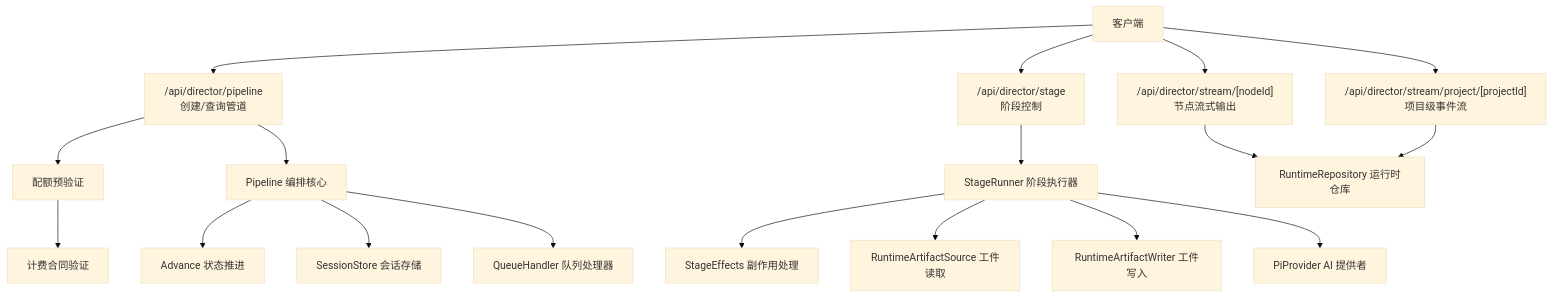
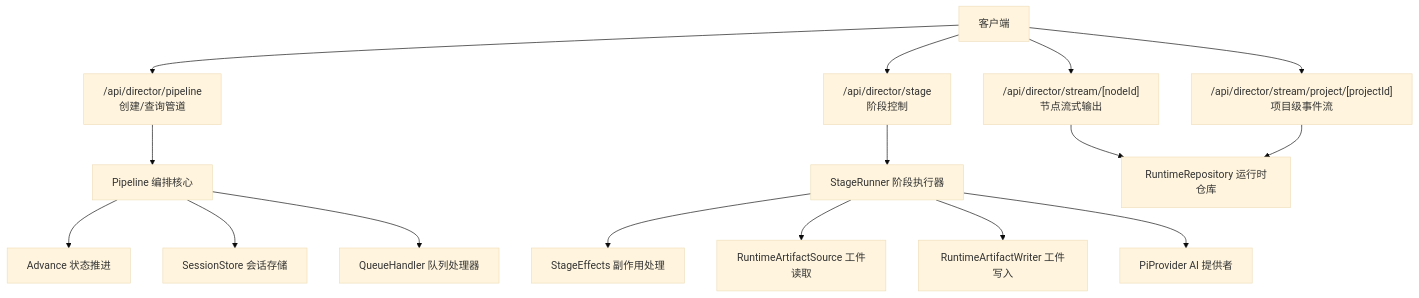
The first of 11 diagrams in .qoder/repowiki/zh/content/API参考/导演系统API/管道编排API.md (scottcwy/PurpleInk), drawn with Mermaid (base theme) before and after one commit. The commit also changed other lines of this file and 23 other files, not shown here.

````diff
--- a/.qoder/repowiki/zh/content/API参考/导演系统API/管道编排API.md
+++ b/.qoder/repowiki/zh/content/API参考/导演系统API/管道编排API.md
@@ -65,20 +64,18 @@
 ```mermaid
 graph TB
 Client["客户端"] --> API_Pipeline["/api/director/pipeline<br/>创建/查询管道"]
 Client --> API_Stage["/api/director/stage<br/>阶段控制"]
 Client --> API_StreamNode["/api/director/stream/[nodeId]<br/>节点流式输出"]
 Client --> API_StreamProject["/api/director/stream/project/[projectId]<br/>项目级事件流"]
-API_Pipeline --> QuotaCheck["配额预验证"]
 API_Pipeline --> PipelineCore["Pipeline 编排核心"]
 API_Stage --> StageRunner["StageRunner 阶段执行器"]
 API_StreamNode --> RuntimeRepo["RuntimeRepository 运行时仓库"]
 API_StreamProject --> RuntimeRepo
 PipelineCore --> Advance["Advance 状态推进"]
 PipelineCore --> SessionStore["SessionStore 会话存储"]
 PipelineCore --> QueueHandler["QueueHandler 队列处理器"]
 StageRunner --> Effects["StageEffects 副作用处理"]
 StageRunner --> ArtifactSource["RuntimeArtifactSource 工件读取"]
 StageRunner --> ArtifactWriter["RuntimeArtifactWriter 工件写入"]
 StageRunner --> PiProvider["PiProvider AI 提供者"]
-QuotaCheck --> BillingContract["计费合同验证"]
 ```
````
